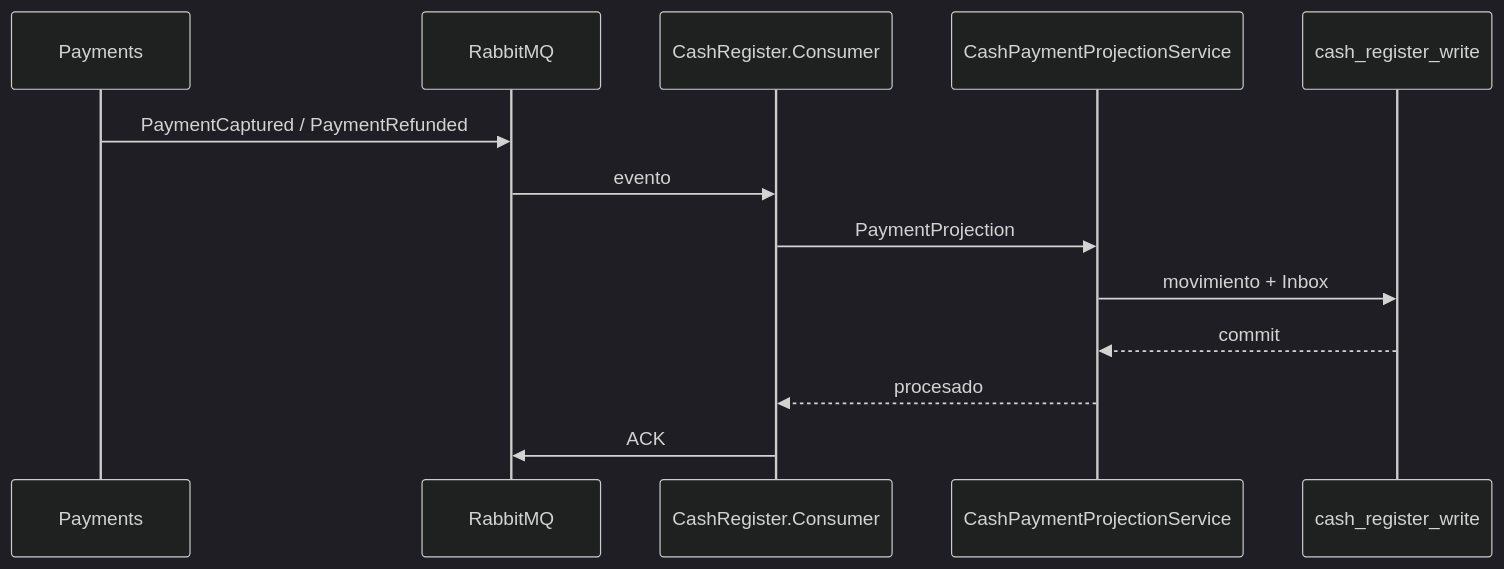
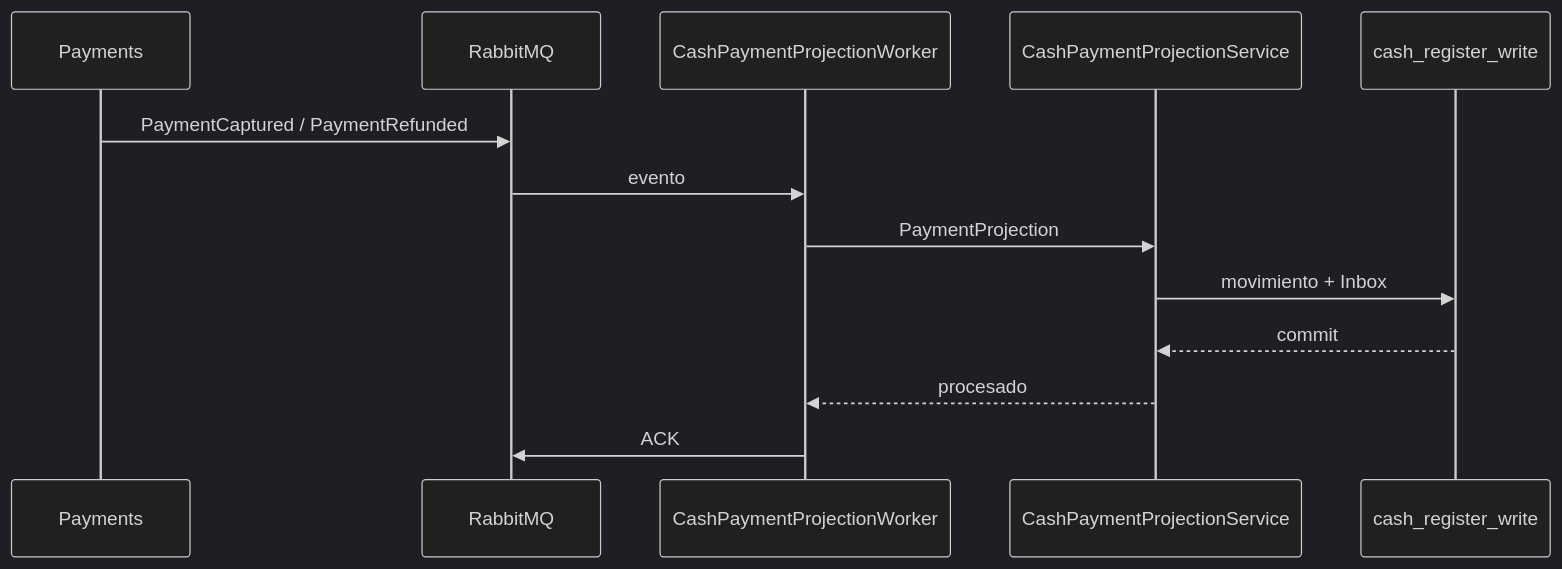
One commit to sergioocode/Restaurantes changed the third of 4 diagrams in docs/CashRegister.README.md. Above: the diagram before and after it, drawn with Mermaid (dark theme). The commit also changed other lines of this file and 11 other files, not shown here.

````diff
--- a/docs/CashRegister.README.md
+++ b/docs/CashRegister.README.md
@@ -364,16 +360,16 @@
 ```mermaid
 sequenceDiagram
     participant P as Payments
     participant MQ as RabbitMQ
-    participant C as CashRegister.Consumer
+    participant C as CashPaymentProjectionWorker
     participant A as CashPaymentProjectionService
     participant DB as cash_register_write
 
     P->>MQ: PaymentCaptured / PaymentRefunded
     MQ->>C: evento
     C->>A: PaymentProjection
     A->>DB: movimiento + Inbox
     DB-->>A: commit
     A-->>C: procesado
     C->>MQ: ACK
 ```
````
